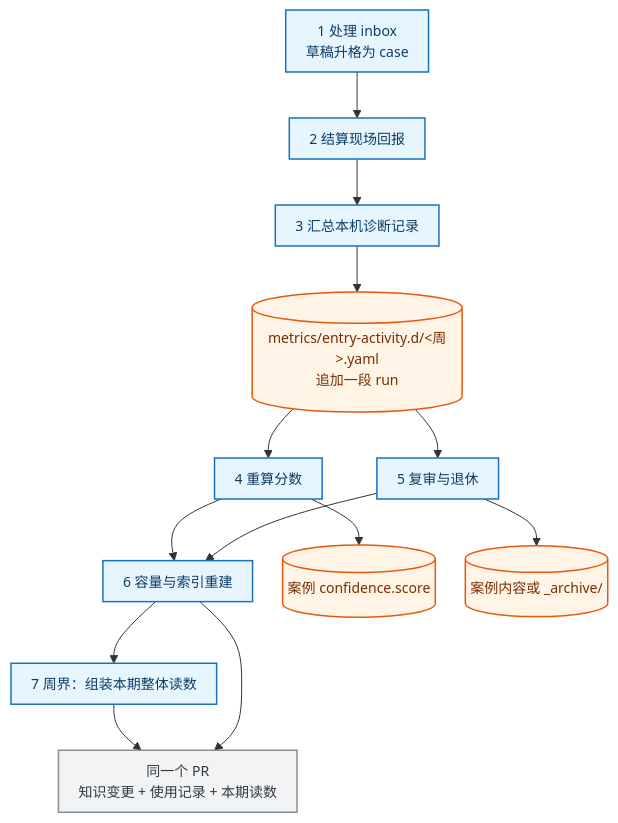
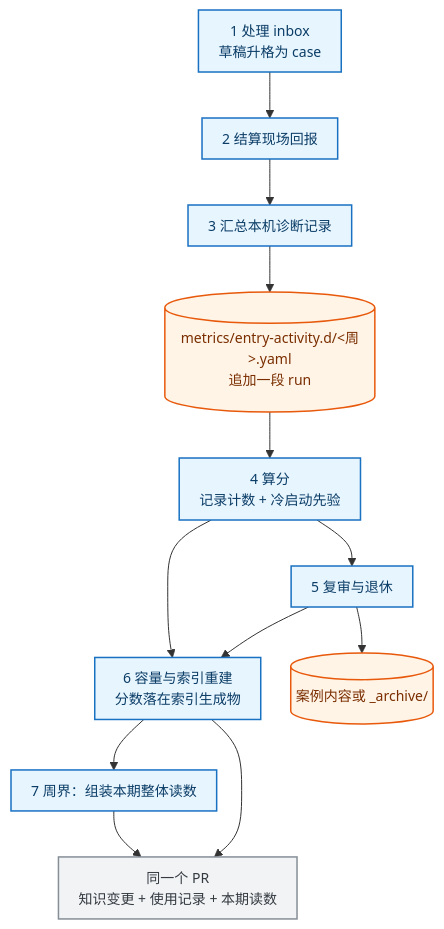
Before and after one commit to Bowen-Leee/ascend-sleuth: the third of 4 diagrams in docs/mechanism/diagnosis-observability.md, drawn with Mermaid. The commit also changed other lines of this file and 1 other file, not shown here.

````diff
--- a/docs/mechanism/diagnosis-observability.md
+++ b/docs/mechanism/diagnosis-observability.md
@@ -198,23 +213,22 @@
 ```mermaid
 %%{init: {'themeVariables':{'fontSize':'14px'},'flowchart':{'curve':'basis','nodeSpacing':30,'rankSpacing':46,'padding':10}}}%%
 flowchart TB
     S1["1 处理 inbox<br/>草稿升格为 case"] --> S2["2 结算现场回报"]
     S2 --> S3["3 汇总本机诊断记录"]
     S3 --> R[("metrics/entry-activity.d/&lt;周&gt;.yaml<br/>追加一段 run")]
-    R --> S4["4 重算分数"]
-    R --> S5["5 复审与退休"]
-    S4 --> S6["6 容量与索引重建"]
-    S5 --> S6
+    R --> S4["4 算分<br/>记录计数 + 冷启动先验"]
+    S4 --> S5["5 复审与退休"]
+    S5 --> S6["6 容量与索引重建<br/>分数落在索引生成物"]
+    S4 --> S6
+    S5 --> C2[("案例内容或 _archive/")]
     S6 --> S7["7 周界：组装本期整体读数"]
-    S4 --> C[("案例 confidence.score")]
-    S5 --> C2[("案例内容或 _archive/")]
-    S7 --> PR["同一个 PR<br/>知识变更 + 使用记录 + 本期读数"]
-    S6 --> PR
+    S6 --> PR["同一个 PR<br/>知识变更 + 使用记录 + 本期读数"]
+    S7 --> PR
 
     classDef step fill:#e7f5ff,stroke:#1971c2,stroke-width:1.5px,color:#0b3d66
     classDef store fill:#fff4e6,stroke:#e8590c,stroke-width:1.5px,color:#7a2e00
     classDef pr fill:#f1f3f5,stroke:#868e96,stroke-width:1.5px,color:#343a40
     class S1,S2,S3,S4,S5,S6,S7 step
-    class R,C,C2 store
+    class R,C2 store
     class PR pr
 ```
````
